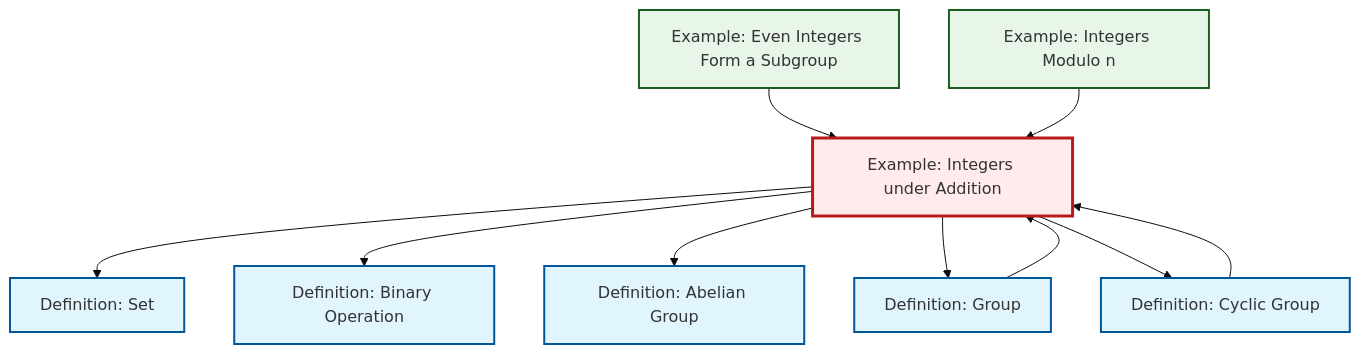
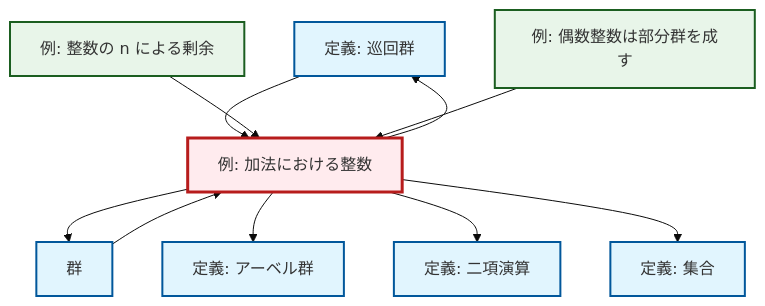
Before and after one commit to RK0429/ModernMath: the diagram in content/ja/algebra/ex-integers-addition.qmd, drawn with Mermaid (base theme). The commit also changed 1069 other files, not shown here.

````diff
--- a/content/ja/algebra/ex-integers-addition.qmd
+++ b/content/ja/algebra/ex-integers-addition.qmd
@@ -74,34 +74,34 @@
 ```{mermaid}
 %%| fig-cap: "Local dependency graph"
 graph TD
     classDef definition fill:#e1f5fe,stroke:#01579b,stroke-width:2px
     classDef theorem fill:#f3e5f5,stroke:#4a148c,stroke-width:2px
     classDef axiom fill:#fff3e0,stroke:#e65100,stroke-width:2px
     classDef example fill:#e8f5e9,stroke:#1b5e20,stroke-width:2px
     classDef current fill:#ffebee,stroke:#b71c1c,stroke-width:3px
-    ex-even-integers-subgroup["Example: Even Integers Form a Subgroup"]:::example
-    def-set["Definition: Set"]:::definition
-    def-cyclic-group["Definition: Cyclic Group"]:::definition
-    ex-integers-addition["Example: Integers under Addition"]:::example
-    def-group["Definition: Group"]:::definition
-    def-binary-operation["Definition: Binary Operation"]:::definition
-    def-abelian-group["Definition: Abelian Group"]:::definition
-    ex-quotient-integers-mod-n["Example: Integers Modulo n"]:::example
+    def-set["定義: 集合"]:::definition
+    def-cyclic-group["定義: 巡回群"]:::definition
+    def-binary-operation["定義: 二項演算"]:::definition
+    ex-even-integers-subgroup["例: 偶数整数は部分群を成す"]:::example
+    ex-integers-addition["例: 加法における整数"]:::example
+    def-abelian-group["定義: アーベル群"]:::definition
+    ex-quotient-integers-mod-n["例: 整数の n による剰余"]:::example
+    def-group["群"]:::definition
+    ex-integers-addition --> def-cyclic-group
+    ex-integers-addition --> def-group
+    def-group --> ex-integers-addition
+    def-cyclic-group --> ex-integers-addition
+    ex-quotient-integers-mod-n --> ex-integers-addition
+    ex-integers-addition --> def-abelian-group
+    ex-even-integers-subgroup --> ex-integers-addition
+    ex-integers-addition --> def-binary-operation
     ex-integers-addition --> def-set
-    def-cyclic-group --> ex-integers-addition
-    ex-integers-addition --> def-binary-operation
-    ex-integers-addition --> def-abelian-group
-    ex-integers-addition --> def-group
-    ex-even-integers-subgroup --> ex-integers-addition
-    def-group --> ex-integers-addition
-    ex-quotient-integers-mod-n --> ex-integers-addition
-    ex-integers-addition --> def-cyclic-group
     class ex-integers-addition current
-    click ex-even-integers-subgroup "ex-even-integers-subgroup.html" "Example: Even Integers Form a Subgroupへ"
-    click def-set "def-set.html" "Definition: Setへ"
-    click def-cyclic-group "def-cyclic-group.html" "Definition: Cyclic Groupへ"
-    click def-group "def-group.html" "Definition: Groupへ"
-    click def-binary-operation "def-binary-operation.html" "Definition: Binary Operationへ"
-    click def-abelian-group "def-abelian-group.html" "Definition: Abelian Groupへ"
-    click ex-quotient-integers-mod-n "ex-quotient-integers-mod-n.html" "Example: Integers Modulo nへ"
+    click def-set "def-set.html" "集合の定義へ"
+    click def-cyclic-group "def-cyclic-group.html" "巡回群の定義へ"
+    click def-binary-operation "def-binary-operation.html" "二項演算の定義へ"
+    click ex-even-integers-subgroup "ex-even-integers-subgroup.html" "偶数整数は部分群を成すの例へ"
+    click def-abelian-group "def-abelian-group.html" "アーベル群の定義へ"
+    click ex-quotient-integers-mod-n "ex-quotient-integers-mod-n.html" "整数の n による剰余の例へ"
+    click def-group "def-group.html" "群へ"
 ```
````
